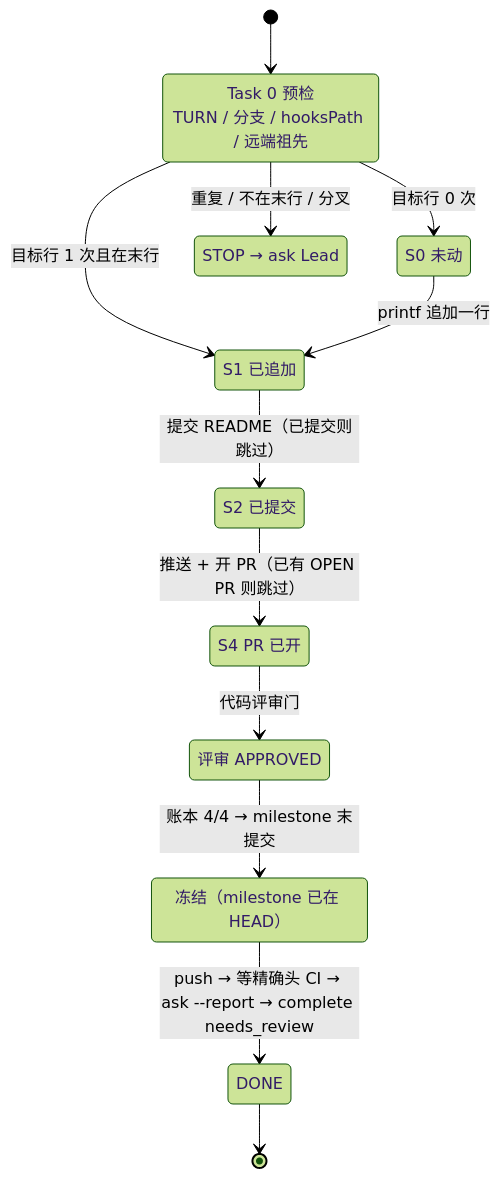
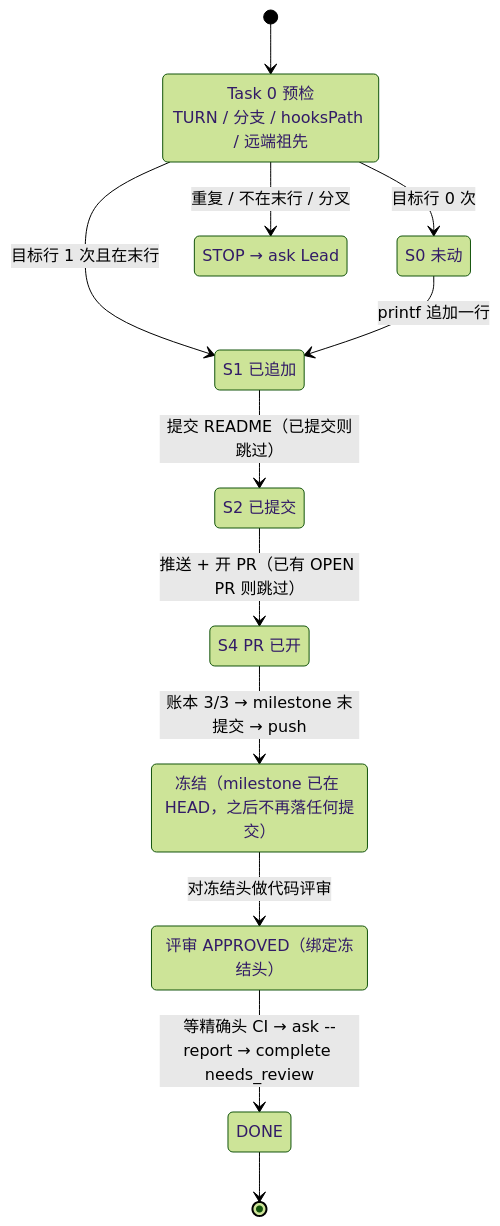
Before and after one commit to xrliAnnie/flywheel-qa-sandbox: the diagram in engineering/doc/FLY-3030-n-to-n-codex-probe/diagrams/d1-flow.mmd, drawn with Mermaid (forest theme). The commit also changed 6 other files, not shown here.

Commit message:
docs(FLY-3030): address design review R2 (re-derive frozen head per block, 6b retry, case-based scope) + HTML refresh

```diff
--- a/engineering/doc/FLY-3030-n-to-n-codex-probe/diagrams/d1-flow.mmd
+++ b/engineering/doc/FLY-3030-n-to-n-codex-probe/diagrams/d1-flow.mmd
@@ -1,21 +1,21 @@
 stateDiagram-v2
     direction TB
     [*] --> T0
     T0: Task 0 预检<br/>TURN / 分支 / hooksPath / 远端祖先
     T0 --> S0: 目标行 0 次
     T0 --> S1: 目标行 1 次且在末行
     T0 --> STOP: 重复 / 不在末行 / 分叉
     S0: S0 未动
     S0 --> S1: printf 追加一行
     S1: S1 已追加
     S1 --> S2: 提交 README（已提交则跳过）
     S2: S2 已提交
     S2 --> S4: 推送 + 开 PR（已有 OPEN PR 则跳过）
     S4: S4 PR 已开
-    S4 --> RV: 代码评审门
-    RV: 评审 APPROVED
-    RV --> FZ: 账本 4/4 → milestone 末提交
-    FZ: 冻结（milestone 已在 HEAD）
-    FZ --> DONE: push → 等精确头 CI → ask --report → complete needs_review
+    S4 --> FZ: 账本 3/3 → milestone 末提交 → push
+    FZ: 冻结（milestone 已在 HEAD，之后不再落任何提交）
+    FZ --> RV: 对冻结头做代码评审
+    RV: 评审 APPROVED（绑定冻结头）
+    RV --> DONE: 等精确头 CI → ask --report → complete needs_review
     DONE --> [*]
     STOP: STOP → ask Lead
```
